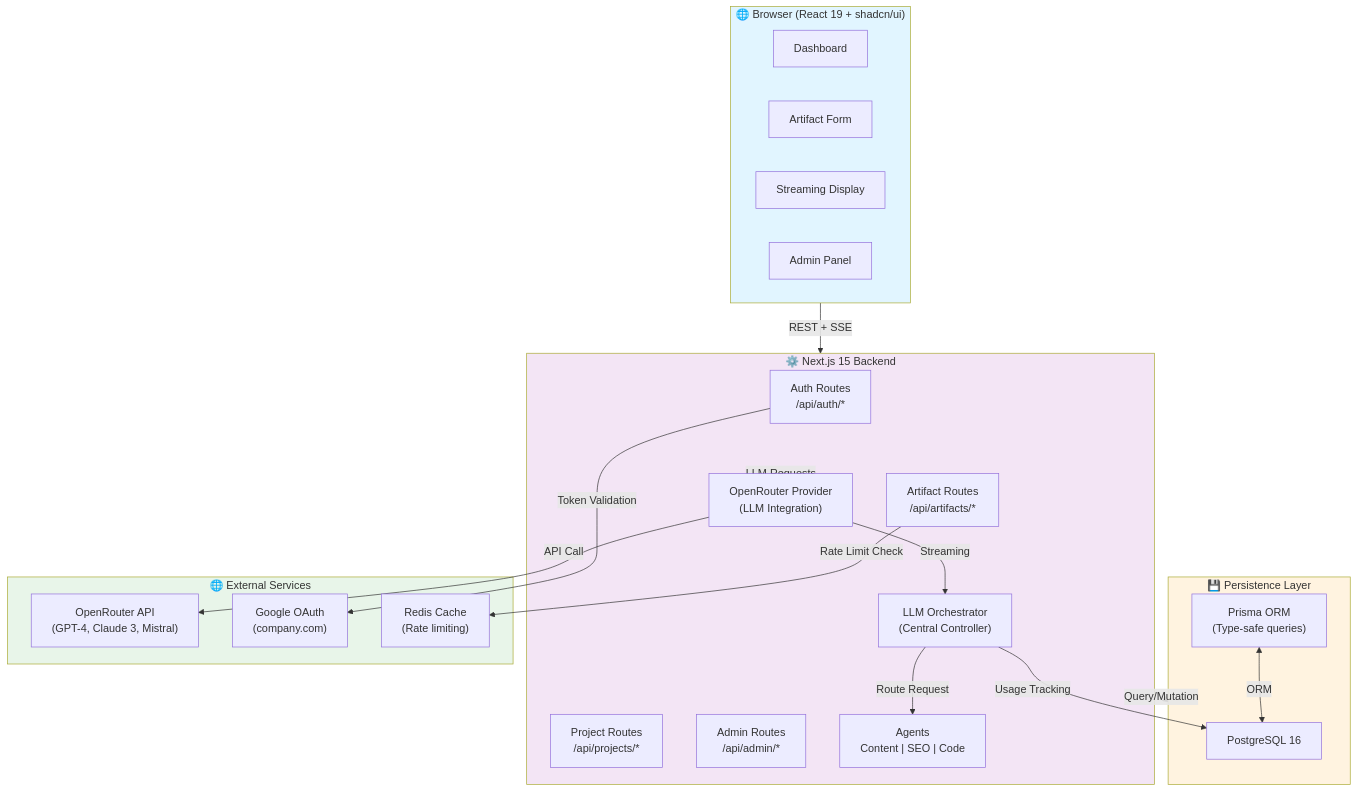
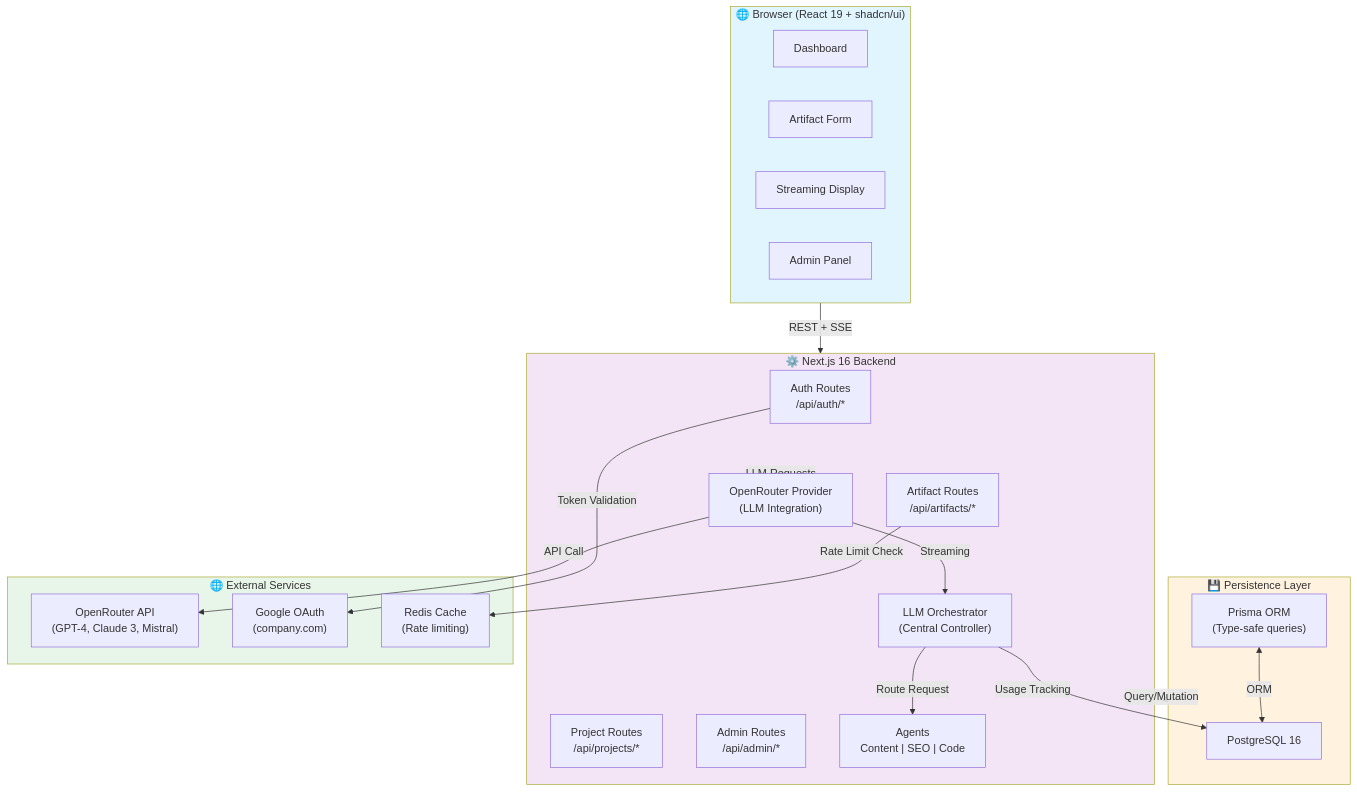
The first of 12 diagrams in docs/architecture-diagrams.md (federicogerardi/gen-app), drawn with Mermaid before and after one commit. The commit also changed other lines of this file and 31 other files, not shown here.

````diff
--- a/docs/architecture-diagrams.md
+++ b/docs/architecture-diagrams.md
@@ -12,47 +12,47 @@
 ```mermaid
 graph TB
     subgraph Browser["🌐 Browser (React 19 + shadcn/ui)"]
         Dashboard["Dashboard"]
         FormUI["Artifact Form"]
         StreamDisplay["Streaming Display"]
         AdminPanel["Admin Panel"]
     end
 
-    subgraph NextJS["⚙️ Next.js 15 Backend"]
+    subgraph NextJS["⚙️ Next.js 16 Backend"]
         AuthAPI["Auth Routes<br/>/api/auth/*"]
         ArtifactAPI["Artifact Routes<br/>/api/artifacts/*"]
         ProjectAPI["Project Routes<br/>/api/projects/*"]
         AdminAPI["Admin Routes<br/>/api/admin/*"]
         
         Orchestrator["LLM Orchestrator<br/>(Central Controller)"]
         Agents["Agents<br/>Content | SEO | Code"]
         Provider["OpenRouter Provider<br/>(LLM Integration)"]
     end
 
     subgraph Database["💾 Persistence Layer"]
         PostgreSQL["PostgreSQL 16"]
         Prisma["Prisma ORM<br/>(Type-safe queries)"]
     end
 
     subgraph External["🌐 External Services"]
         OpenRouter["OpenRouter API<br/>(GPT-4, Claude 3, Mistral)"]
         GoogleOAuth["Google OAuth<br/>(company.com)"]
         Redis["Redis Cache<br/>(Rate limiting)"]
     end
 
     Browser -->|REST + SSE| NextJS
     NextJS -->|Query/Mutation| Database
     Prisma <-->|ORM| PostgreSQL
     NextJS -->|LLM Requests| Provider
     Provider -->|Streaming| Orchestrator
     Orchestrator -->|Route Request| Agents
     Orchestrator -->|Usage Tracking| PostgreSQL
     Provider -->|API Call| OpenRouter
     AuthAPI -->|Token Validation| GoogleOAuth
     ArtifactAPI -->|Rate Limit Check| Redis
 
     style Browser fill:#e1f5ff
     style NextJS fill:#f3e5f5
     style Database fill:#fff3e0
     style External fill:#e8f5e9
 ```
````
